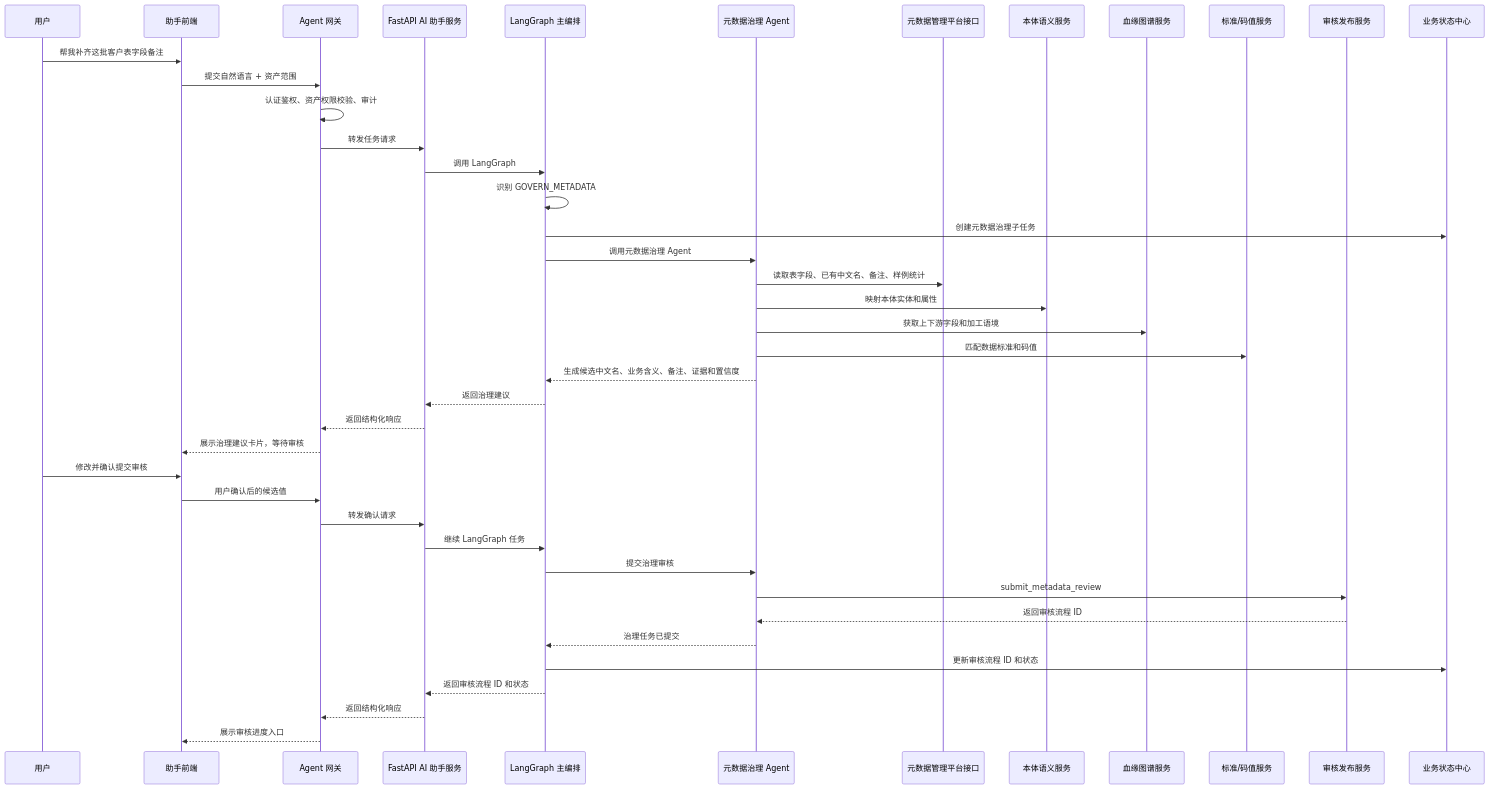
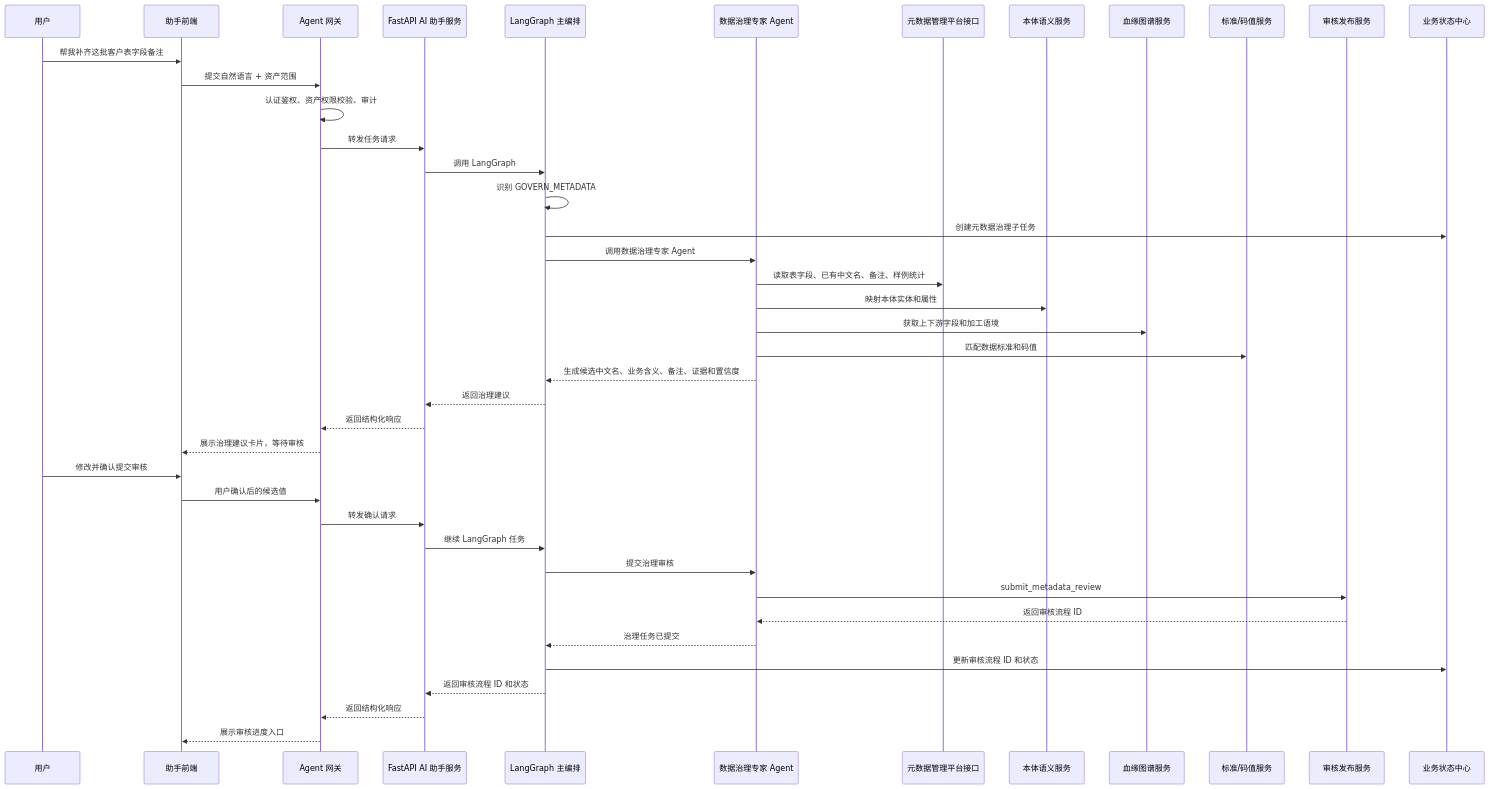
Before and after one commit to ShaneLiu001/dataasset: the seventh of 8 diagrams in 数据资产助手/90-附录-数据资产助手典型场景数据流.md, drawn with Mermaid. The commit also changed other lines of this file and 23 other files, not shown here.

````diff
--- a/数据资产助手/90-附录-数据资产助手典型场景数据流.md
+++ b/数据资产助手/90-附录-数据资产助手典型场景数据流.md
@@ -317,44 +314,44 @@
 ```mermaid
 sequenceDiagram
   participant U as 用户
   participant FE as 助手前端
   participant GW as Agent 网关
   participant API as FastAPI AI 助手服务
   participant R as LangGraph 主编排
-  participant G as 元数据治理 Agent
+  participant G as 数据治理专家 Agent
   participant M as 元数据管理平台接口
   participant O as 本体语义服务
   participant L as 血缘图谱服务
   participant Std as 标准/码值服务
   participant Review as 审核发布服务
   participant State as 业务状态中心
 
   U->>FE: 帮我补齐这批客户表字段备注
   FE->>GW: 提交自然语言 + 资产范围
   GW->>GW: 认证鉴权、资产权限校验、审计
   GW->>API: 转发任务请求
   API->>R: 调用 LangGraph
   R->>R: 识别 GOVERN_METADATA
   R->>State: 创建元数据治理子任务
-  R->>G: 调用元数据治理 Agent
+  R->>G: 调用数据治理专家 Agent
   G->>M: 读取表字段、已有中文名、备注、样例统计
   G->>O: 映射本体实体和属性
   G->>L: 获取上下游字段和加工语境
   G->>Std: 匹配数据标准和码值
   G-->>R: 生成候选中文名、业务含义、备注、证据和置信度
   R-->>API: 返回治理建议
   API-->>GW: 返回结构化响应
   GW-->>FE: 展示治理建议卡片，等待审核
   U->>FE: 修改并确认提交审核
   FE->>GW: 用户确认后的候选值
   GW->>API: 转发确认请求
   API->>R: 继续 LangGraph 任务
   R->>G: 提交治理审核
   G->>Review: submit_metadata_review
   Review-->>G: 返回审核流程 ID
   G-->>R: 治理任务已提交
   R->>State: 更新审核流程 ID 和状态
   R-->>API: 返回审核流程 ID 和状态
   API-->>GW: 返回结构化响应
   GW-->>FE: 展示审核进度入口
 ```
````
